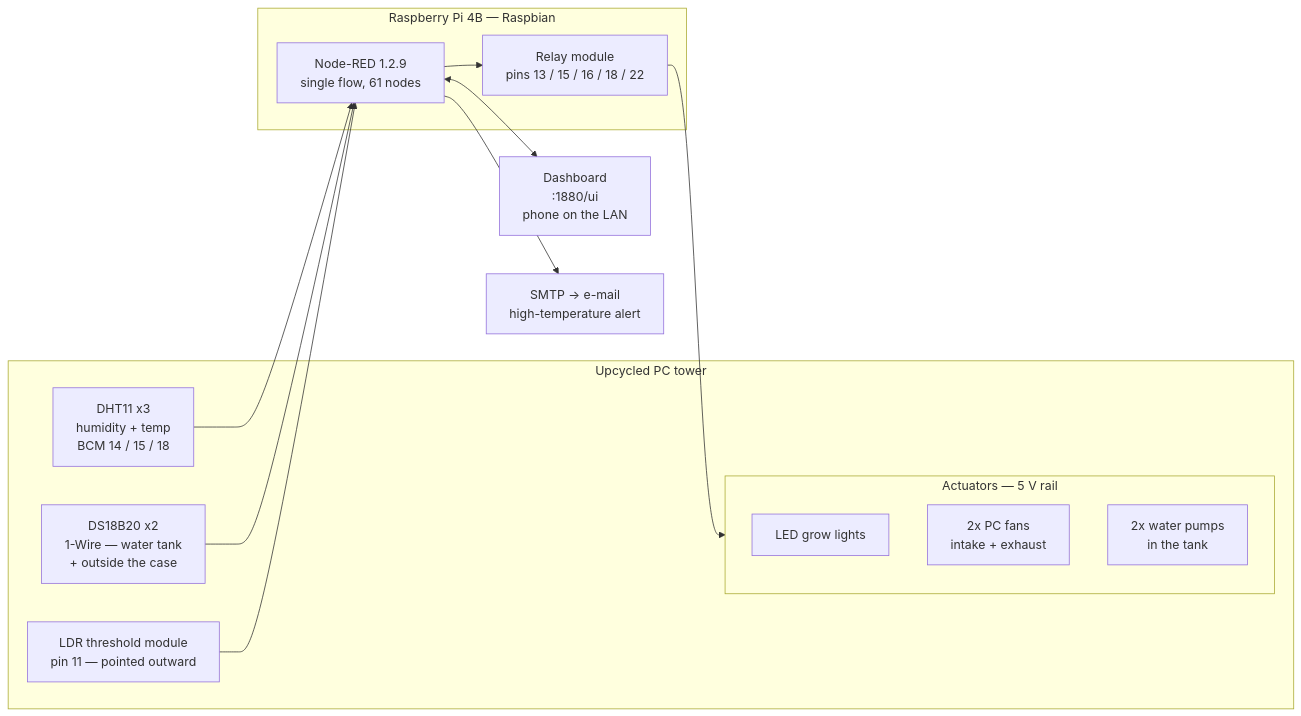
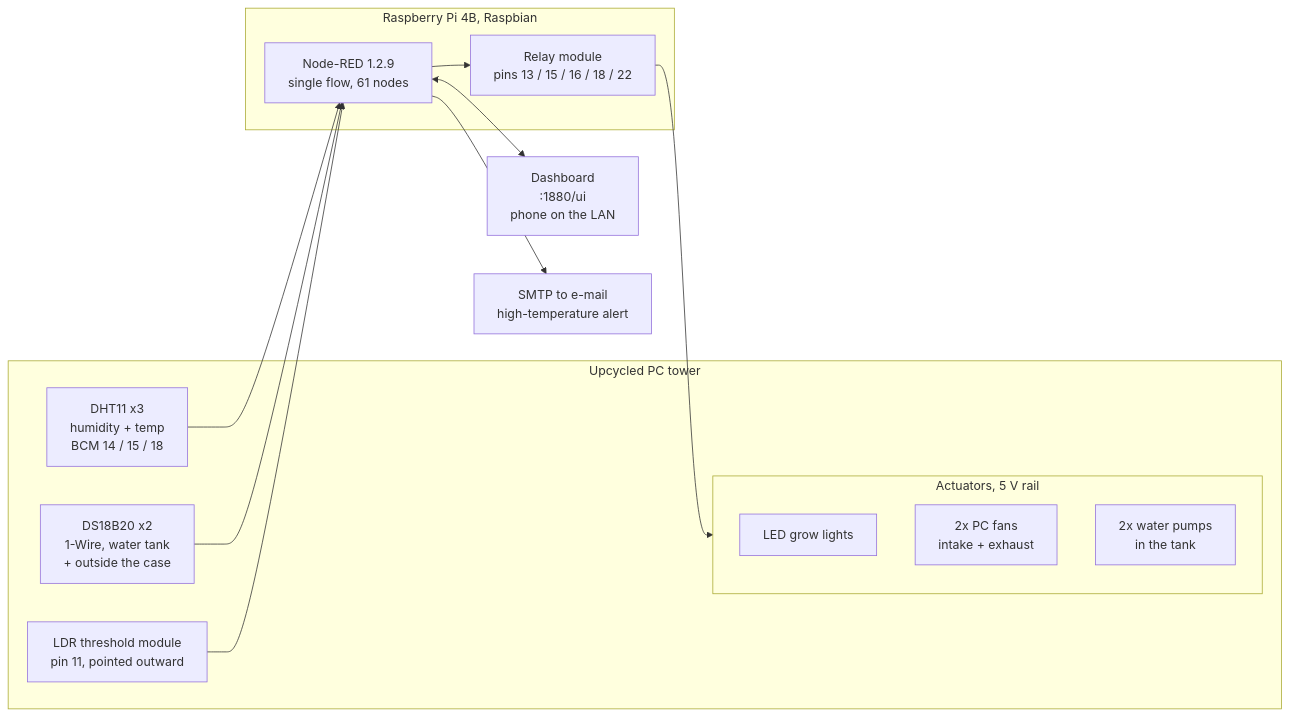
Before and after one commit to LaNeigeLuge/PFC-Personal-Food-Computer: the diagram in README.md, drawn with Mermaid. The commit also changed other lines of this file and 1 other file, not shown here.

````diff
--- a/README.md
+++ b/README.md
@@ -54,28 +55,28 @@
 ```mermaid
 flowchart LR
     subgraph enclosure["Upcycled PC tower"]
         D1["DHT11 x3<br/>humidity + temp<br/>BCM 14 / 15 / 18"]
-        T1["DS18B20 x2<br/>1-Wire — water tank<br/>+ outside the case"]
-        L["LDR threshold module<br/>pin 11 — pointed outward"]
-        subgraph loads["Actuators — 5 V rail"]
+        T1["DS18B20 x2<br/>1-Wire, water tank<br/>+ outside the case"]
+        L["LDR threshold module<br/>pin 11, pointed outward"]
+        subgraph loads["Actuators, 5 V rail"]
             LED["LED grow lights"]
             FAN["2x PC fans<br/>intake + exhaust"]
             PMP["2x water pumps<br/>in the tank"]
         end
     end
 
-    subgraph pi["Raspberry Pi 4B — Raspbian"]
+    subgraph pi["Raspberry Pi 4B, Raspbian"]
         NR["Node-RED 1.2.9<br/>single flow, 61 nodes"]
         RLY["Relay module<br/>pins 13 / 15 / 16 / 18 / 22"]
     end
 
     UI["Dashboard<br/>:1880/ui<br/>phone on the LAN"]
-    MAIL["SMTP → e-mail<br/>high-temperature alert"]
+    MAIL["SMTP to e-mail<br/>high-temperature alert"]
 
     D1 --> NR
     T1 --> NR
     L --> NR
     NR --> RLY --> loads
     NR <--> UI
     NR --> MAIL
 ```
````
